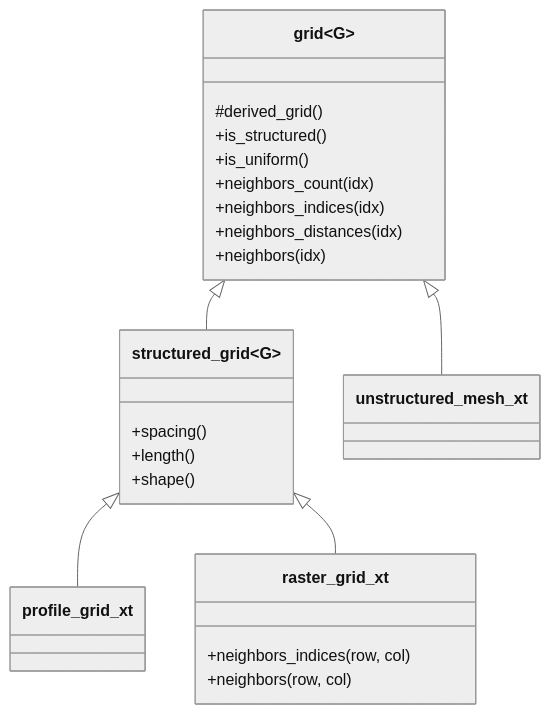
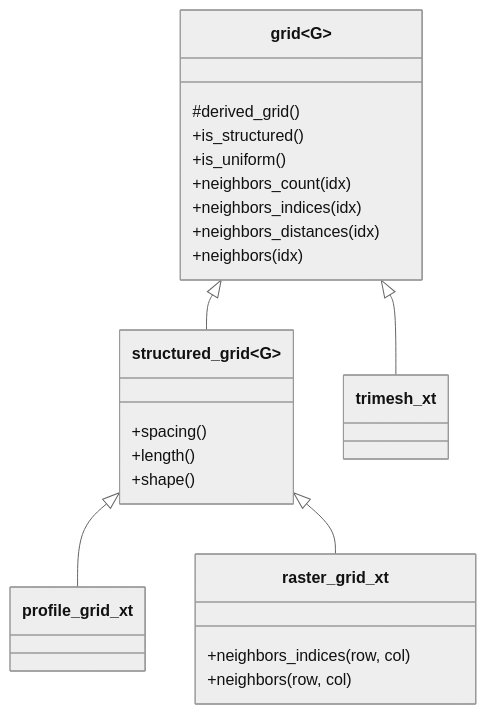
The first of 2 diagrams in doc/source/internals.md (fastscape-lem/fastscapelib), drawn with Mermaid (neutral theme) before and after one commit. The commit also changed 29 other files, not shown here.

````diff
--- a/doc/source/internals.md
+++ b/doc/source/internals.md
@@ -96,27 +96,27 @@
 ```{mermaid}
 classDiagram
     grid~G~ <|-- structured_grid~G~
-    grid~G~ <|-- unstructured_mesh_xt
+    grid~G~ <|-- trimesh_xt
     structured_grid~G~ <|-- profile_grid_xt
     structured_grid~G~ <|-- raster_grid_xt
     class grid~G~{
         #derived_grid()
         +is_structured()
         +is_uniform()
         +neighbors_count(idx)
         +neighbors_indices(idx)
         +neighbors_distances(idx)
         +neighbors(idx)
     }
     class structured_grid~G~{
         +spacing()
         +length()
         +shape()
     }
     class profile_grid_xt
     class raster_grid_xt{
         +neighbors_indices(row, col)
         +neighbors(row, col)
     }
-    class unstructured_mesh_xt
+    class trimesh_xt
 ```
````
